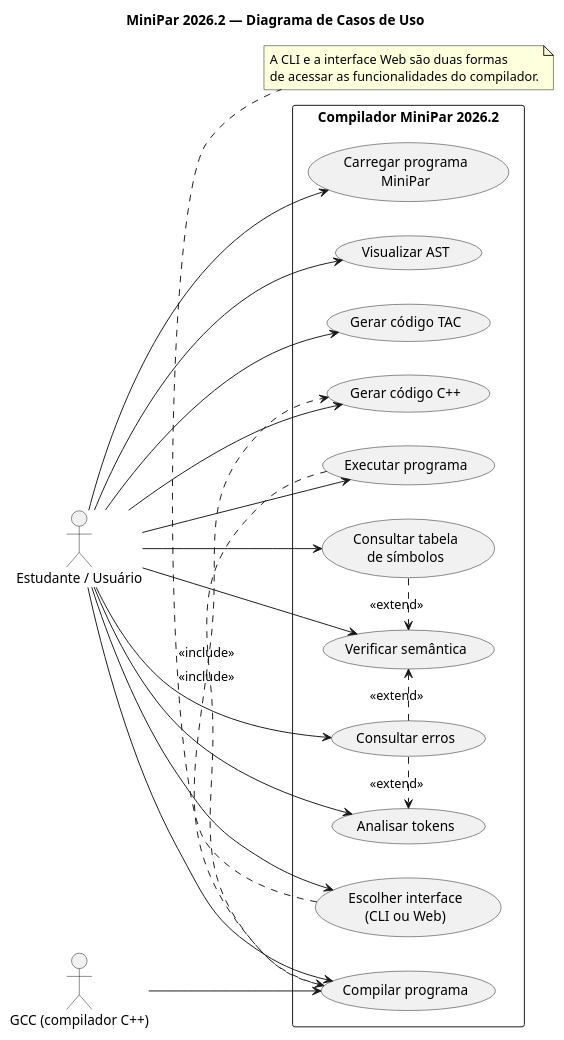
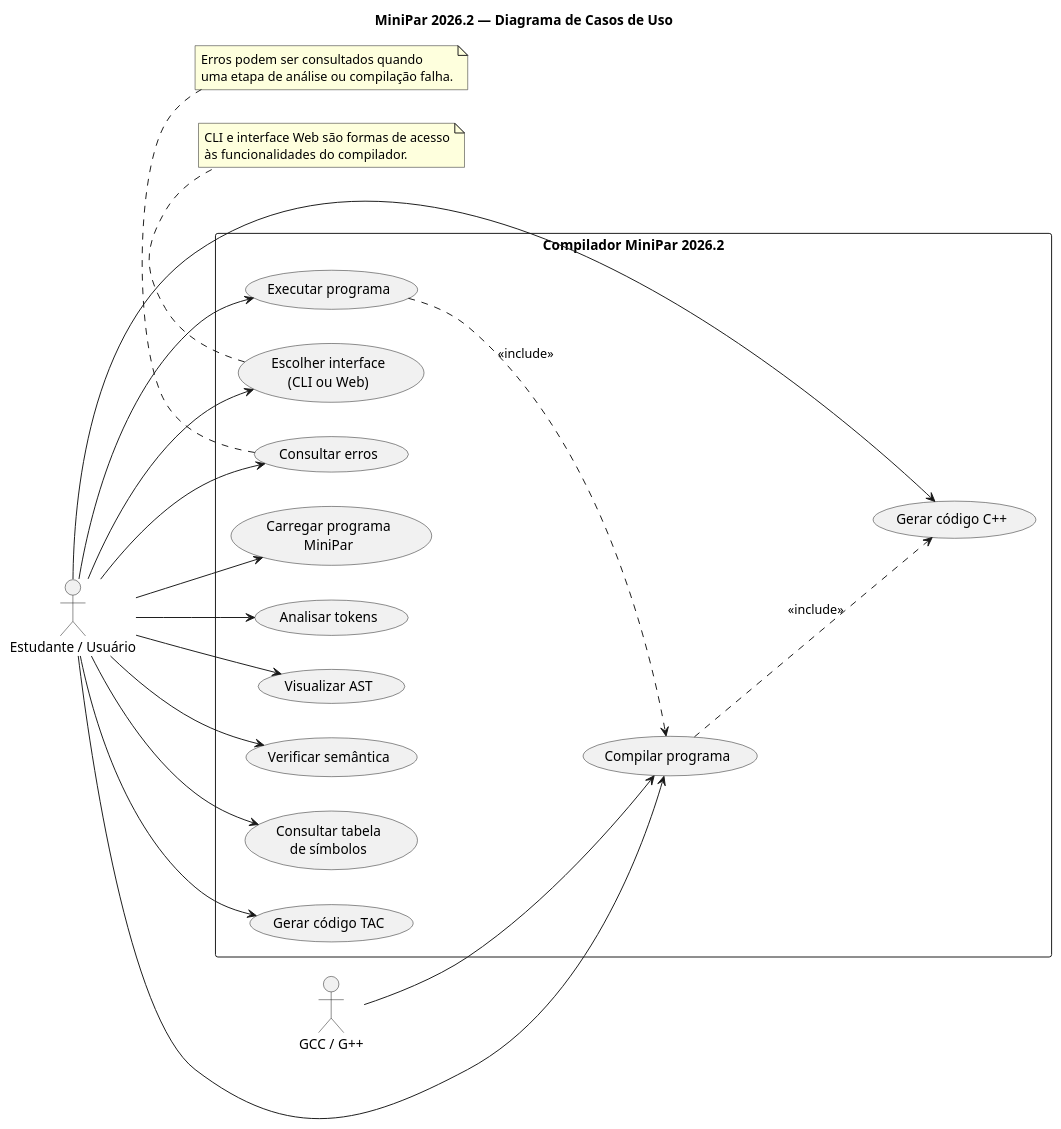
One commit to M-rcos/MINIPAR-2026.2-FINAL changed the diagram in docs/uml/casos-de-uso.puml. Above: the diagram before and after it, drawn with PlantUML.

Commit message:
docs: simplificar relações no diagrama de casos de uso

```diff
--- a/docs/uml/casos-de-uso.puml
+++ b/docs/uml/casos-de-uso.puml
@@ -1,46 +1,48 @@
 @startuml
 title MiniPar 2026.2 — Diagrama de Casos de Uso
 left to right direction
 skinparam packageStyle rectangle
 
 actor "Estudante / Usuário" as Usuario
-actor "GCC (compilador C++)" as GCC
+actor "GCC / G++" as GCC
 
 rectangle "Compilador MiniPar 2026.2" {
-  usecase "Carregar programa\nMiniPar" as UC1
-  usecase "Analisar tokens" as UC2
-  usecase "Visualizar AST" as UC3
-  usecase "Verificar semântica" as UC4
-  usecase "Consultar tabela\nde símbolos" as UC5
-  usecase "Gerar código TAC" as UC6
-  usecase "Gerar código C++" as UC7
-  usecase "Compilar programa" as UC8
-  usecase "Executar programa" as UC9
-  usecase "Consultar erros" as UC10
-  usecase "Escolher interface\n(CLI ou Web)" as UC11
+  usecase "Escolher interface\n(CLI ou Web)" as UC1
+  usecase "Carregar programa\nMiniPar" as UC2
+  usecase "Analisar tokens" as UC3
+  usecase "Visualizar AST" as UC4
+  usecase "Verificar semântica" as UC5
+  usecase "Consultar tabela\nde símbolos" as UC6
+  usecase "Gerar código TAC" as UC7
+  usecase "Gerar código C++" as UC8
+  usecase "Compilar programa" as UC9
+  usecase "Executar programa" as UC10
+  usecase "Consultar erros" as UC11
 }
 
-Usuario --> UC11
 Usuario --> UC1
 Usuario --> UC2
 Usuario --> UC3
 Usuario --> UC4
 Usuario --> UC5
 Usuario --> UC6
 Usuario --> UC7
 Usuario --> UC8
 Usuario --> UC9
 Usuario --> UC10
+Usuario --> UC11
 
-UC8 .> UC7 : <<include>>
-UC9 .> UC8 : <<include>>
-UC5 .> UC4 : <<extend>>
-UC10 .> UC2 : <<extend>>
-UC10 .> UC4 : <<extend>>
-GCC --> UC8
+UC9 ..> UC8 : <<include>>
+UC10 ..> UC9 : <<include>>
+GCC --> UC9
+
+note bottom of UC1
+  CLI e interface Web são formas de acesso
+  às funcionalidades do compilador.
+end note
 
 note bottom of UC11
-  A CLI e a interface Web são duas formas
-  de acessar as funcionalidades do compilador.
+  Erros podem ser consultados quando
+  uma etapa de análise ou compilação falha.
 end note
 @enduml
```
